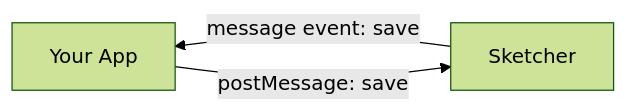
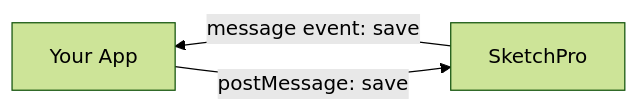
One commit to woolpert-digital-innovations/sketcher-sdk changed the fourth of 15 diagrams in docs/integration-guide.md. Above: the diagram before and after it, drawn with Mermaid (forest theme). The commit also changed other lines of this file and 4 other files, not shown here.

````diff
--- a/docs/integration-guide.md
+++ b/docs/integration-guide.md
@@ -106,5 +106,5 @@
 ```mermaid
 graph RL;
-    sa[Sketcher]-- message event: save -->app;
-    app[Your App]-- postMessage: save -->sa[Sketcher];
+    sa[SketchPro]-- message event: save -->app;
+    app[Your App]-- postMessage: save -->sa[SketchPro];
 ```
````
